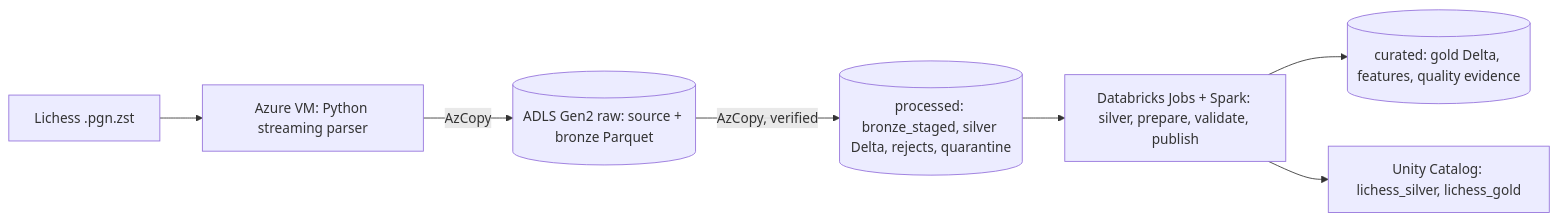
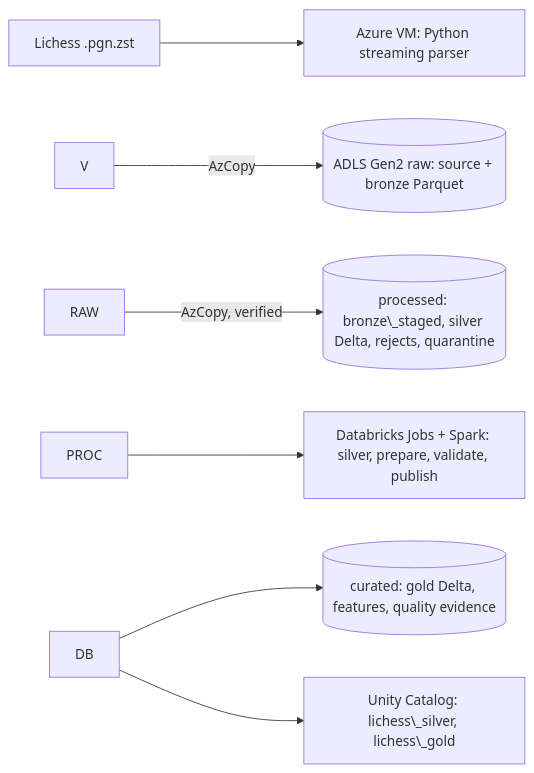
One commit to rizan-mohammed/dsai3202-lichess changed the diagram in README.md. Above: the diagram before and after it, drawn with Mermaid. The commit also changed other lines of this file, not shown here.

````diff
--- a/README.md
+++ b/README.md
@@ -37,9 +37,9 @@
 ```mermaid
 flowchart LR
-  L[Lichess .pgn.zst] --> V[Azure VM: Python streaming parser]
-  V -->|AzCopy| RAW[(ADLS Gen2 raw: source + bronze Parquet)]
-  RAW -->|AzCopy, verified| PROC[(processed: bronze_staged, silver Delta, rejects, quarantine)]
-  PROC --> DB[Databricks Jobs + Spark: silver, prepare, validate, publish]
-  DB --> CUR[(curated: gold Delta, features, quality evidence)]
-  DB --> UC[Unity Catalog: lichess_silver, lichess_gold]
+  L\[Lichess .pgn.zst] --> V\[Azure VM: Python streaming parser]
+  V -->|AzCopy| RAW\[(ADLS Gen2 raw: source + bronze Parquet)]
+  RAW -->|AzCopy, verified| PROC\[(processed: bronze\_staged, silver Delta, rejects, quarantine)]
+  PROC --> DB\[Databricks Jobs + Spark: silver, prepare, validate, publish]
+  DB --> CUR\[(curated: gold Delta, features, quality evidence)]
+  DB --> UC\[Unity Catalog: lichess\_silver, lichess\_gold]
 ```
````
